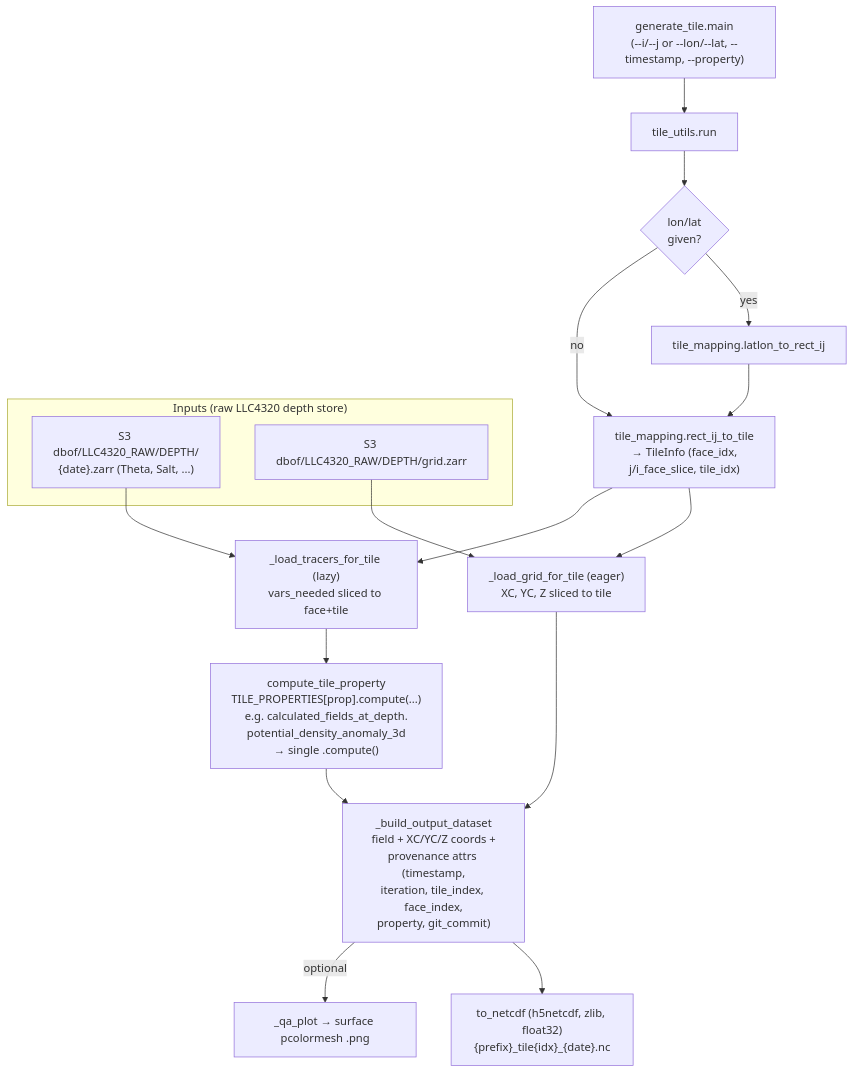
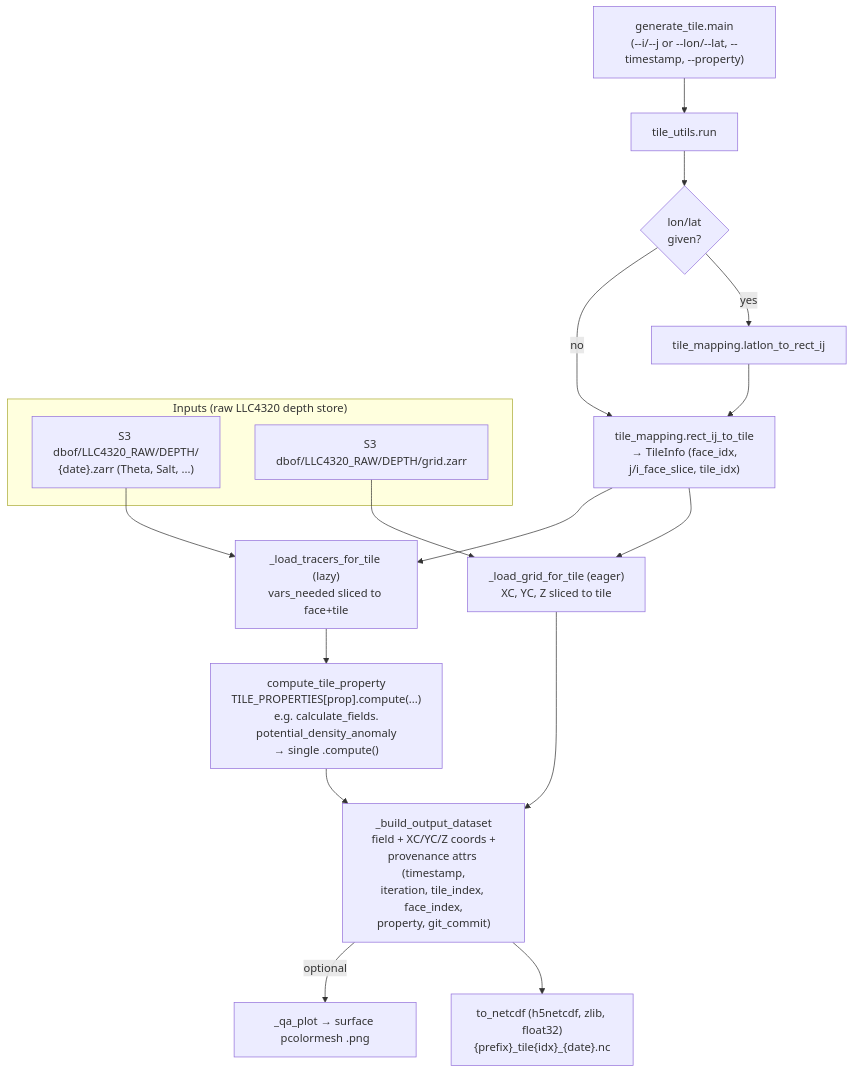
The fifth of 5 diagrams in docs/mermaid_diagrams.md (Sea-Meets-the-Stars/llc4320-native-grid-preprocessing), drawn with Mermaid before and after one commit. The commit also changed 9 other files, not shown here.

````diff
--- a/docs/mermaid_diagrams.md
+++ b/docs/mermaid_diagrams.md
@@ -172,27 +172,27 @@
 ```mermaid
 flowchart TD
     subgraph IN["Inputs (raw LLC4320 depth store)"]
         TS["S3 dbof/LLC4320_RAW/DEPTH/<br/>{date}.zarr (Theta, Salt, ...)"]
         GRIDT["S3 dbof/LLC4320_RAW/DEPTH/grid.zarr"]
     end
 
     CLI["generate_tile.main<br/>(--i/--j or --lon/--lat, --timestamp, --property)"] --> RUN["tile_utils.run"]
 
     RUN --> LL{"lon/lat<br/>given?"}
     LL -->|yes| L2R["tile_mapping.latlon_to_rect_ij"]
     LL -->|no| RESOLVE
     L2R --> RESOLVE["tile_mapping.rect_ij_to_tile<br/>→ TileInfo (face_idx,<br/>j/i_face_slice, tile_idx)"]
 
     RESOLVE --> LOADG["_load_grid_for_tile (eager)<br/>XC, YC, Z sliced to tile"]
     RESOLVE --> LOADT["_load_tracers_for_tile (lazy)<br/>vars_needed sliced to face+tile"]
     GRIDT --> LOADG
     TS --> LOADT
 
-    LOADT --> COMPUTE["compute_tile_property<br/>TILE_PROPERTIES[prop].compute(...)<br/>e.g. calculated_fields_at_depth.<br/>potential_density_anomaly_3d<br/>→ single .compute()"]
+    LOADT --> COMPUTE["compute_tile_property<br/>TILE_PROPERTIES[prop].compute(...)<br/>e.g. calculate_fields.<br/>potential_density_anomaly<br/>→ single .compute()"]
 
     COMPUTE --> BUILD["_build_output_dataset<br/>field + XC/YC/Z coords +<br/>provenance attrs (timestamp,<br/>iteration, tile_index, face_index,<br/>property, git_commit)"]
     LOADG --> BUILD
 
     BUILD --> WRITE["to_netcdf (h5netcdf, zlib, float32)<br/>{prefix}_tile{idx}_{date}.nc"]
     BUILD -->|"optional"| QA["_qa_plot → surface pcolormesh .png"]
 ```
````
